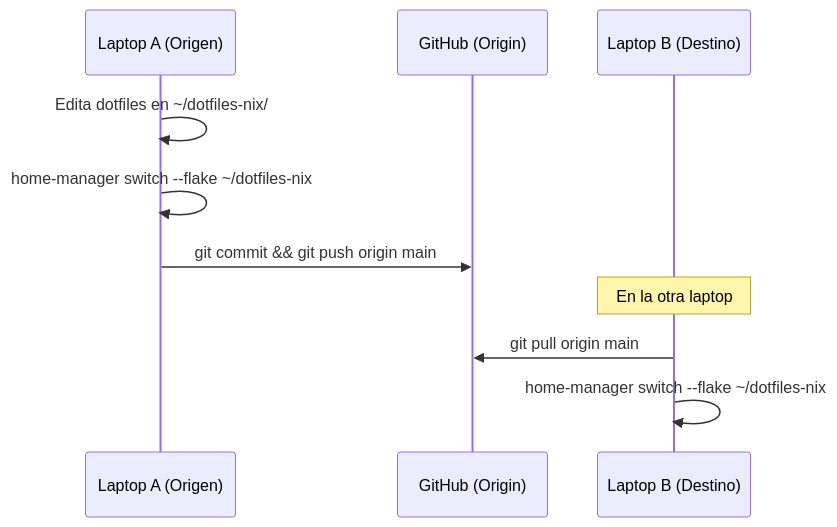
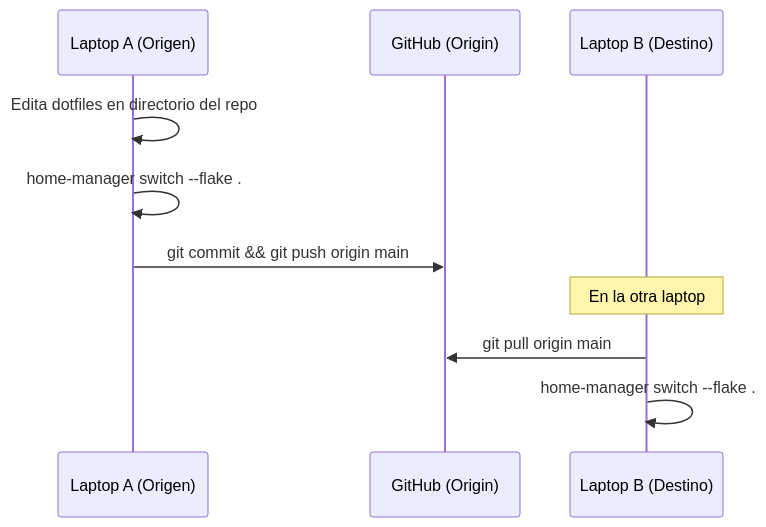
The diagram in docs/07-runbooks-operaciones.md (JorgeDoicela/dotfiles-nix), drawn with Mermaid before and after one commit. The commit also changed other lines of this file and 11 other files, not shown here.

````diff
--- a/docs/07-runbooks-operaciones.md
+++ b/docs/07-runbooks-operaciones.md
@@ -93,13 +96,13 @@
 ```mermaid
 sequenceDiagram
     participant LaptopA as Laptop A (Origen)
     participant Git as GitHub (Origin)
     participant LaptopB as Laptop B (Destino)
 
-    LaptopA->>LaptopA: Edita dotfiles en ~/dotfiles-nix/
-    LaptopA->>LaptopA: home-manager switch --flake ~/dotfiles-nix
+    LaptopA->>LaptopA: Edita dotfiles en directorio del repo
+    LaptopA->>LaptopA: home-manager switch --flake .
     LaptopA->>Git: git commit && git push origin main
     Note over LaptopB: En la otra laptop
     LaptopB->>Git: git pull origin main
-    LaptopB->>LaptopB: home-manager switch --flake ~/dotfiles-nix
+    LaptopB->>LaptopB: home-manager switch --flake .
 ```
````
